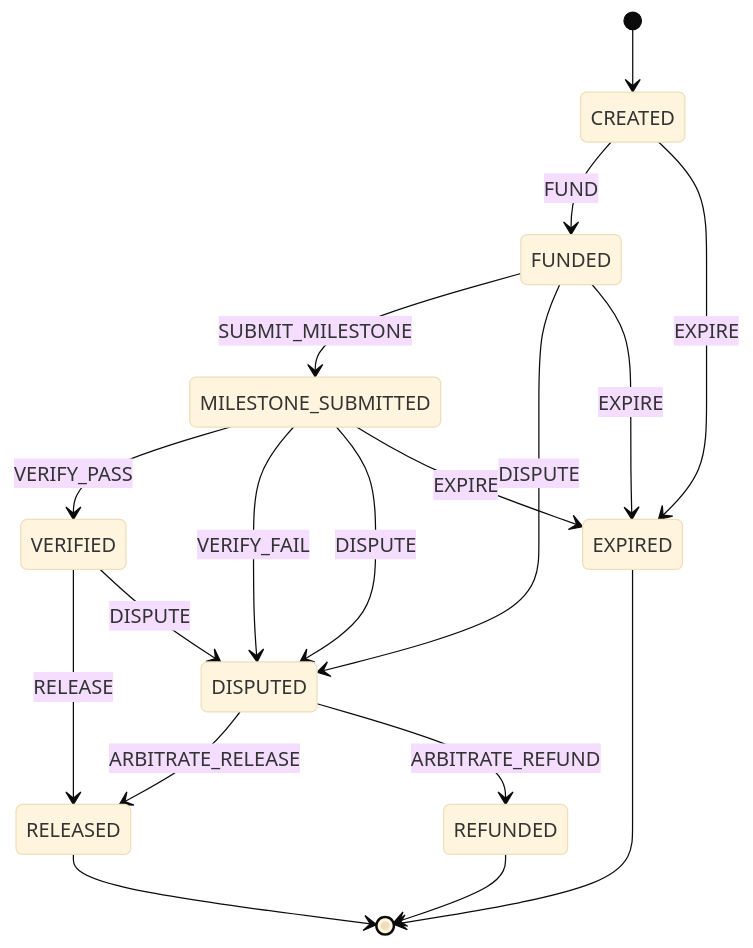
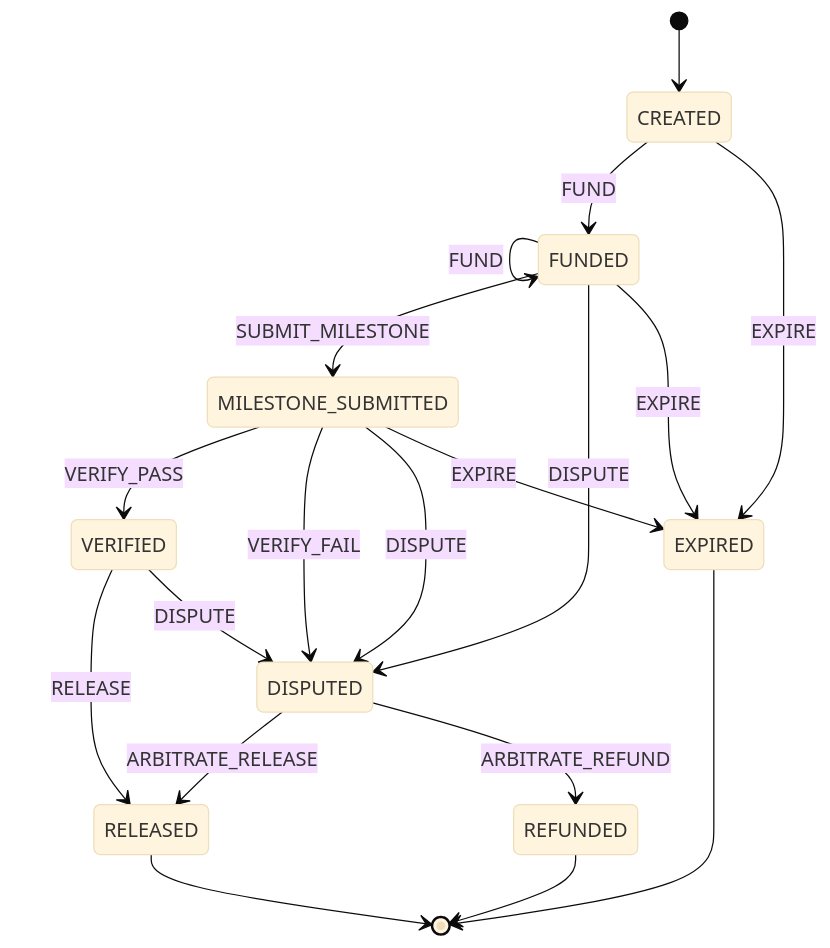
One commit to ToniAdreal/escrow-state-machine-ts changed the diagram in README.md. Above: the diagram before and after it, drawn with Mermaid (base theme). The commit also changed other lines of this file and 7 other files, not shown here.

````diff
--- a/README.md
+++ b/README.md
@@ -53,20 +53,21 @@
 ```mermaid
 stateDiagram-v2
     [*] --> CREATED
     CREATED --> FUNDED : FUND
     CREATED --> EXPIRED : EXPIRE
+    FUNDED --> FUNDED : FUND
     FUNDED --> MILESTONE_SUBMITTED : SUBMIT_MILESTONE
     FUNDED --> DISPUTED : DISPUTE
     FUNDED --> EXPIRED : EXPIRE
     MILESTONE_SUBMITTED --> VERIFIED : VERIFY_PASS
     MILESTONE_SUBMITTED --> DISPUTED : VERIFY_FAIL
     MILESTONE_SUBMITTED --> DISPUTED : DISPUTE
     MILESTONE_SUBMITTED --> EXPIRED : EXPIRE
     VERIFIED --> RELEASED : RELEASE
     VERIFIED --> DISPUTED : DISPUTE
     DISPUTED --> RELEASED : ARBITRATE_RELEASE
     DISPUTED --> REFUNDED : ARBITRATE_REFUND
     RELEASED --> [*]
     REFUNDED --> [*]
     EXPIRED --> [*]
 ```
````
